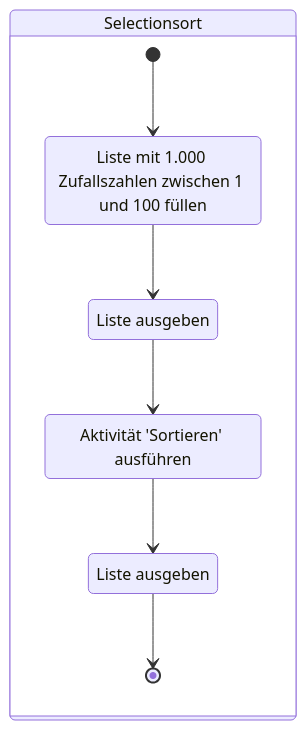
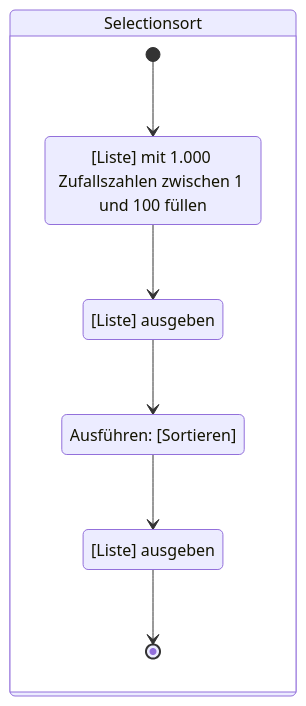
The second of 3 diagrams in docs/exam-exercises/exam-exercises-java1/activity-diagrams/selection-sort.md (jappuccini/java-docs), drawn with Mermaid before and after one commit. The commit also changed other lines of this file and 5 other files, not shown here.

````diff
--- a/docs/exam-exercises/exam-exercises-java1/activity-diagrams/selection-sort.md
+++ b/docs/exam-exercises/exam-exercises-java1/activity-diagrams/selection-sort.md
@@ -23,15 +23,15 @@
 ```mermaid
 stateDiagram-v2
-    state "Liste mit 1.000 Zufallszahlen zwischen 1 und 100 füllen" as state1
-    state "Liste ausgeben" as state2
-    state "Aktivität 'Sortieren' ausführen" as state3
-    state "Liste ausgeben" as state4
+    state "[Liste] mit 1.000 Zufallszahlen zwischen 1 und 100 füllen" as state1
+    state "[Liste] ausgeben" as state2
+    state "Ausführen: [Sortieren]" as state3
+    state "[Liste] ausgeben" as state4
 
     state "Selectionsort" as main {
         [*] --> state1
         state1 --> state2
         state2 --> state3
         state3 --> state4
         state4 --> [*]
     }
 ```
````
